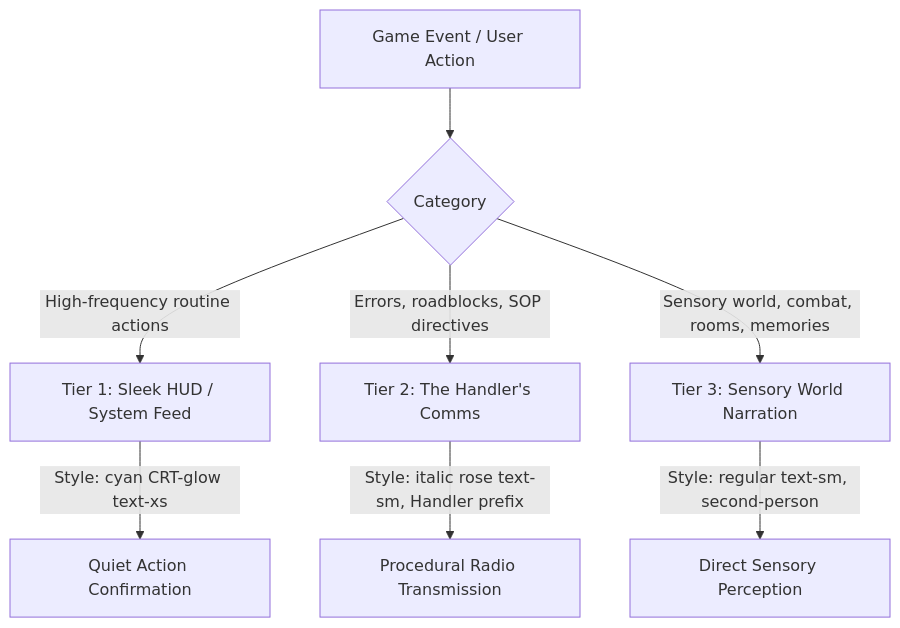
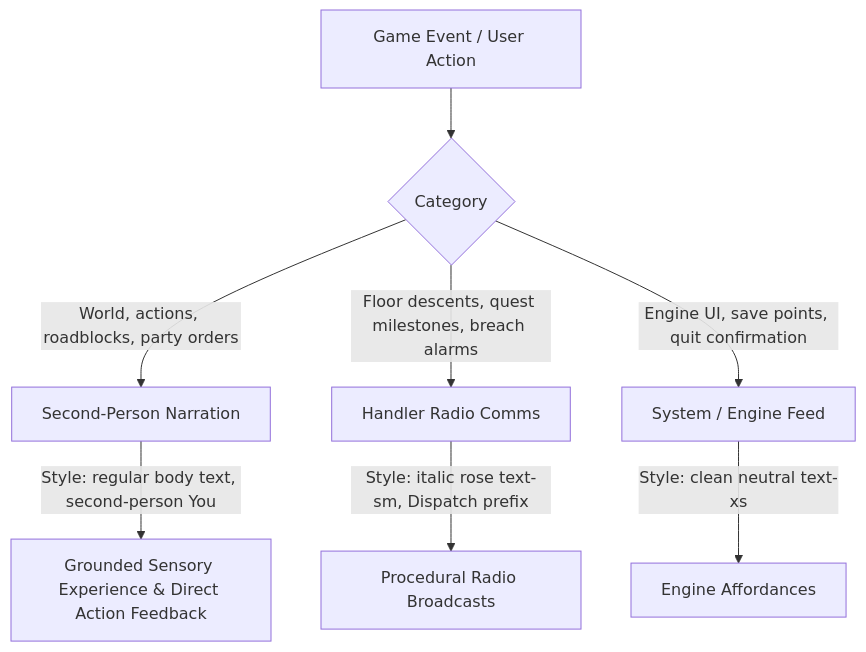
One commit to 9-Trinkets/cinder changed the diagram in docs/layla/narration_guide.md. Above: the diagram before and after it, drawn with Mermaid. The commit also changed other lines of this file and 6 other files, not shown here.

First line of the commit message:
refactor(layla): unify gameplay feedback under second-person narration and focus Handler on narrative comms

````diff
--- a/docs/layla/narration_guide.md
+++ b/docs/layla/narration_guide.md
@@ -11,11 +11,11 @@
 ```mermaid
 flowchart TD
-    Event[Game Event / User Action] --> TierSelect{Category}
-    TierSelect -->|High-frequency routine actions| T1[Tier 1: Sleek HUD / System Feed]
-    TierSelect -->|Errors, roadblocks, SOP directives| T2[Tier 2: The Handler's Comms]
-    TierSelect -->|Sensory world, combat, rooms, memories| T3[Tier 3: Sensory World Narration]
+    Event[Game Event / User Action] --> VoiceSelect{Category}
+    VoiceSelect -->|World, actions, roadblocks, party orders| Narration[Second-Person Narration]
+    VoiceSelect -->|Floor descents, quest milestones, breach alarms| Handler[Handler Radio Comms]
+    VoiceSelect -->|Engine UI, save points, quit confirmation| SystemUI[System / Engine Feed]
 
-    T1 -->|Style: cyan CRT-glow text-xs| Out1[Quiet Action Confirmation]
-    T2 -->|Style: italic rose text-sm, Handler prefix| Out2[Procedural Radio Transmission]
-    T3 -->|Style: regular text-sm, second-person| Out3[Direct Sensory Perception]
+    Narration -->|Style: regular body text, second-person You| Out1[Grounded Sensory Experience & Direct Action Feedback]
+    Handler -->|Style: italic rose text-sm, Dispatch prefix| Out2[Procedural Radio Broadcasts]
+    SystemUI -->|Style: clean neutral text-xs| Out3[Engine Affordances]
 ```
````
